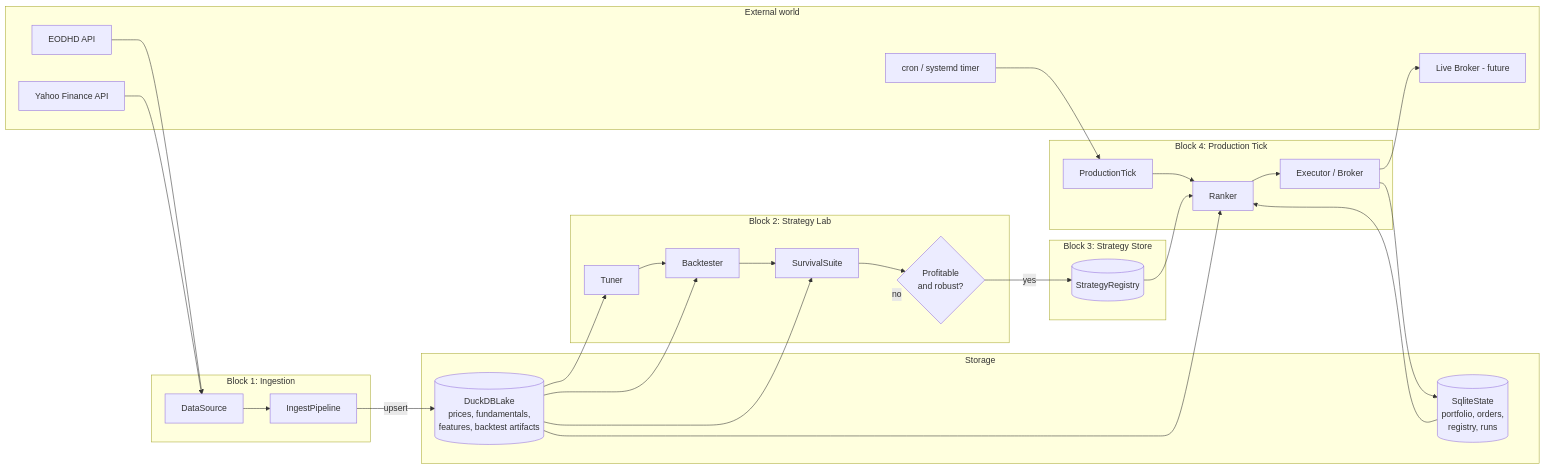
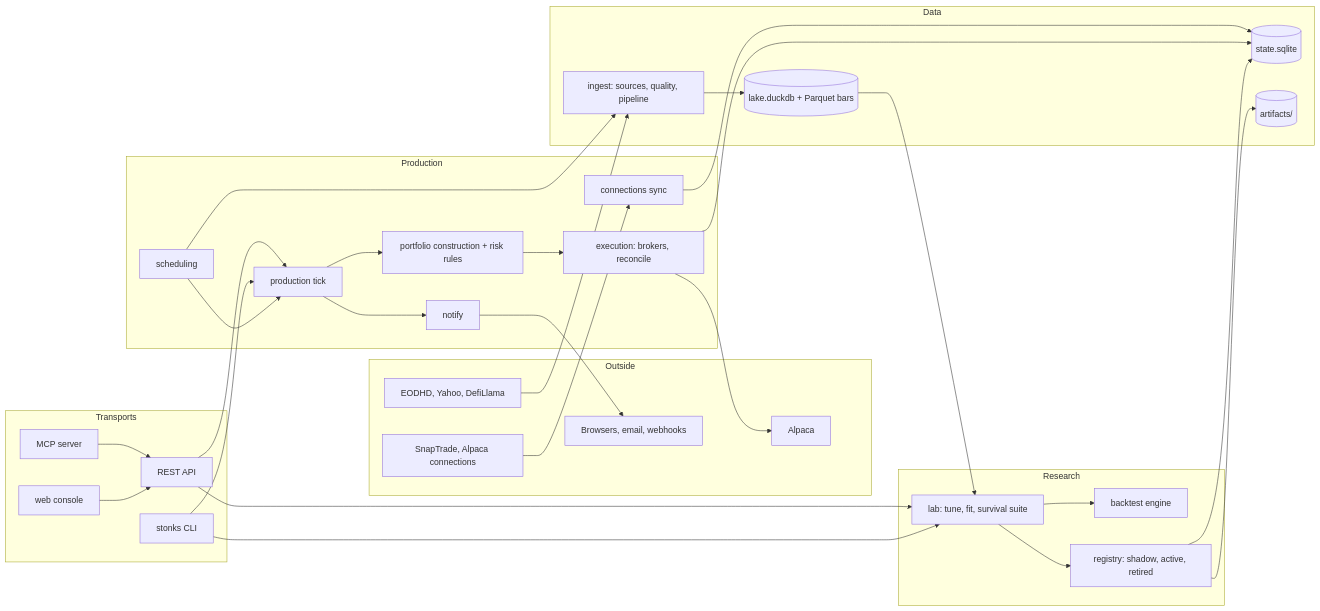
One commit to sleousis/Stonks changed the first of 4 diagrams in docs/architecture.md. Above: the diagram before and after it, drawn with Mermaid. The commit also changed other lines of this file and 346 other files, not shown here.

First line of the commit message:
Auth, kill switch, dynamic universes, data integrity and per-portfolio tick (#18)

````diff
--- a/docs/architecture.md
+++ b/docs/architecture.md
@@ -22,59 +7,57 @@
 ```mermaid
 flowchart LR
-  subgraph EXT[External world]
-    EODHD[EODHD API]
-    YAHOO[Yahoo Finance API]
-    BRK[Live Broker - future]
-    CRON[cron / systemd timer]
+  subgraph EXT[Outside]
+    V[EODHD, Yahoo, DefiLlama]
+    BR[Alpaca]
+    AG[SnapTrade, Alpaca connections]
+    PUSH[Browsers, email, webhooks]
   end
 
-  subgraph ING[Block 1: Ingestion]
-    DS[DataSource]
-    PIPE[IngestPipeline]
+  subgraph DATA[Data]
+    ING[ingest: sources, quality, pipeline]
+    LAKE[(lake.duckdb + Parquet bars)]
+    STATE[(state.sqlite)]
+    ART[(artifacts/)]
   end
 
-  subgraph STORE[Storage]
-    LAKE[(DuckDBLake<br/>prices, fundamentals,<br/>features, backtest artifacts)]
-    STATE[(SqliteState<br/>portfolio, orders,<br/>registry, runs)]
+  subgraph RESEARCH[Research]
+    LAB[lab: tune, fit, survival suite]
+    BT[backtest engine]
+    REG[registry: shadow, active, retired]
   end
 
-  subgraph LAB[Block 2: Strategy Lab]
-    TUNER[Tuner]
-    BT[Backtester]
-    SUITE[SurvivalSuite]
-    VERDICT{Profitable<br/>and robust?}
+  subgraph PROD[Production]
+    SCH[scheduling]
+    TICK[production tick]
+    PF[portfolio construction + risk rules]
+    EX[execution: brokers, reconcile]
+    NT[notify]
+    CN[connections sync]
   end
 
-  subgraph REG[Block 3: Strategy Store]
-    REGISTRY[(StrategyRegistry)]
+  subgraph UI[Transports]
+    CLI[stonks CLI]
+    API[REST API]
+    MCP[MCP server]
+    WEB[web console]
   end
 
-  subgraph PROD[Block 4: Production Tick]
-    RANK[Ranker]
-    EXEC[Executor / Broker]
-    TICK[ProductionTick]
-  end
-
-  EODHD --> DS
-  YAHOO --> DS
-  DS --> PIPE
-  PIPE -->|upsert| LAKE
-
-  LAKE --> TUNER
-  LAKE --> BT
-  LAKE --> SUITE
-  TUNER --> BT
-  BT --> SUITE
-  SUITE --> VERDICT
-  VERDICT -- yes --> REGISTRY
-  VERDICT -- no --> LAB
-
-  CRON --> TICK
-  TICK --> RANK
-  REGISTRY --> RANK
-  LAKE --> RANK
-  STATE --> RANK
-  RANK --> EXEC
-  EXEC --> BRK
-  EXEC --> STATE
+  V --> ING --> LAKE
+  LAKE --> LAB
+  LAB --> BT
+  LAB --> REG
+  REG --> STATE
+  REG --> ART
+  SCH --> ING
+  SCH --> TICK
+  TICK --> PF --> EX --> BR
+  EX --> STATE
+  TICK --> NT --> PUSH
+  AG --> CN --> STATE
+  CLI --> LAB
+  CLI --> TICK
+  WEB --> API
+  MCP --> API
+  API --> LAB
+  API --> TICK
 ```
````
